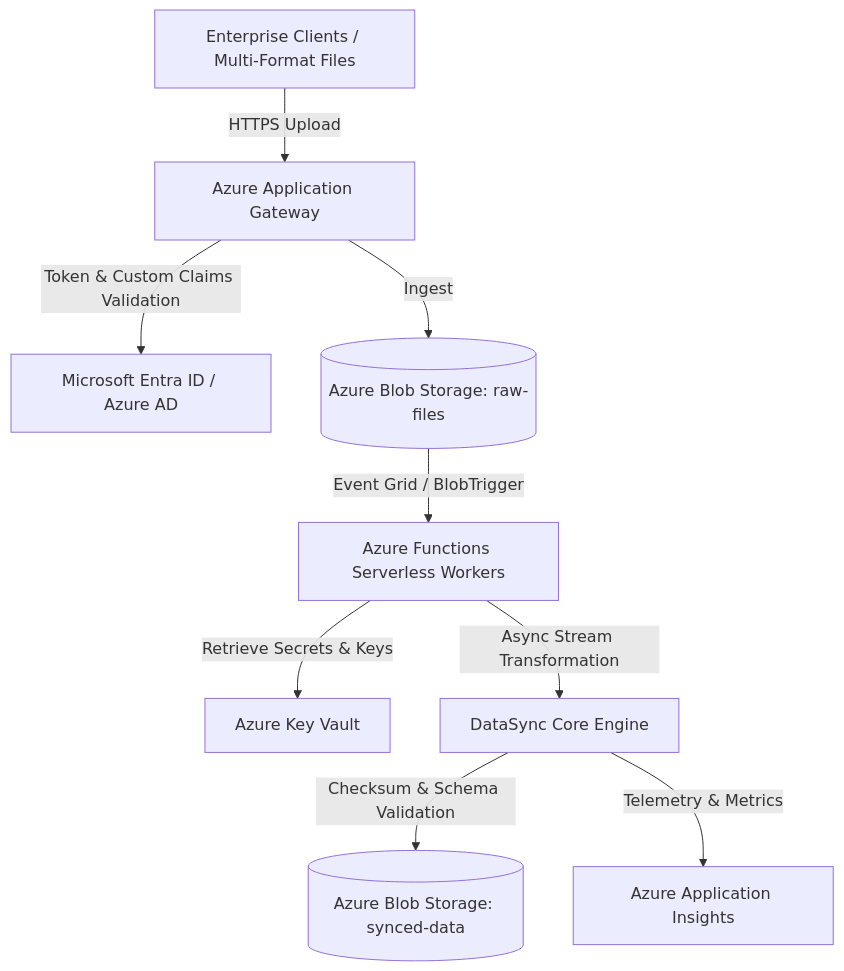
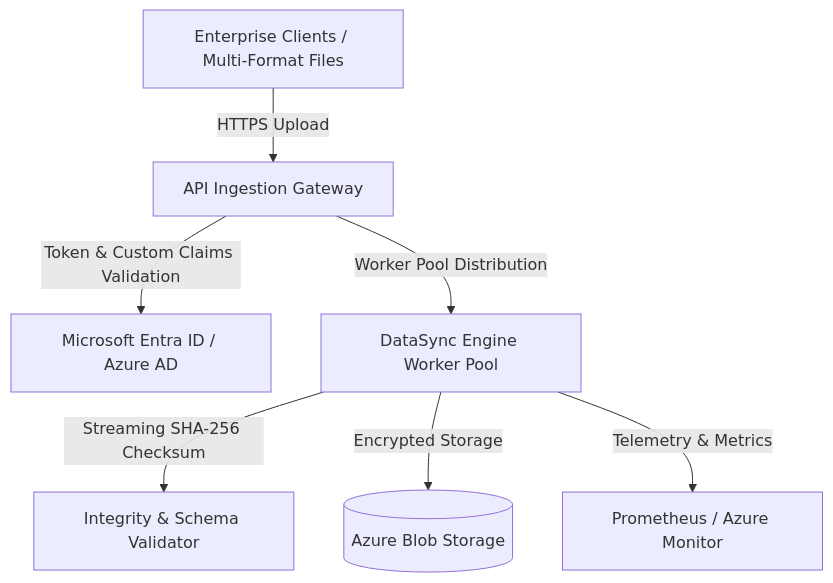
The diagram in README.md (moulionmission/azure-enterprise-datasync), drawn with Mermaid before and after one commit. The commit also changed other lines of this file and 5 other files, not shown here.

````diff
--- a/README.md
+++ b/README.md
@@ -14,11 +14,9 @@
 ```mermaid
 flowchart TD
-    Client[Enterprise Clients / Multi-Format Files] -->|HTTPS Upload| AppGateway[Azure Application Gateway]
-    AppGateway -->|Token & Custom Claims Validation| EntraID[Microsoft Entra ID / Azure AD]
-    AppGateway -->|Ingest| BlobStorage[(Azure Blob Storage: raw-files)]
-    BlobStorage -->|Event Grid / BlobTrigger| Func[Azure Functions Serverless Workers]
-    Func -->|Retrieve Secrets & Keys| KeyVault[Azure Key Vault]
-    Func -->|Async Stream Transformation| CoreSync[DataSync Core Engine]
-    CoreSync -->|Checksum & Schema Validation| DestBlob[(Azure Blob Storage: synced-data)]
-    CoreSync -->|Telemetry & Metrics| AppInsights[Azure Application Insights]
+    Client[Enterprise Clients / Multi-Format Files] -->|HTTPS Upload| Gateway[API Ingestion Gateway]
+    Gateway -->|Token & Custom Claims Validation| EntraID[Microsoft Entra ID / Azure AD]
+    Gateway -->|Worker Pool Distribution| SyncEngine[DataSync Engine Worker Pool]
+    SyncEngine -->|Streaming SHA-256 Checksum| Validator[Integrity & Schema Validator]
+    SyncEngine -->|Encrypted Storage| BlobStorage[(Azure Blob Storage)]
+    SyncEngine -->|Telemetry & Metrics| Metrics[Prometheus / Azure Monitor]
 ```
````
